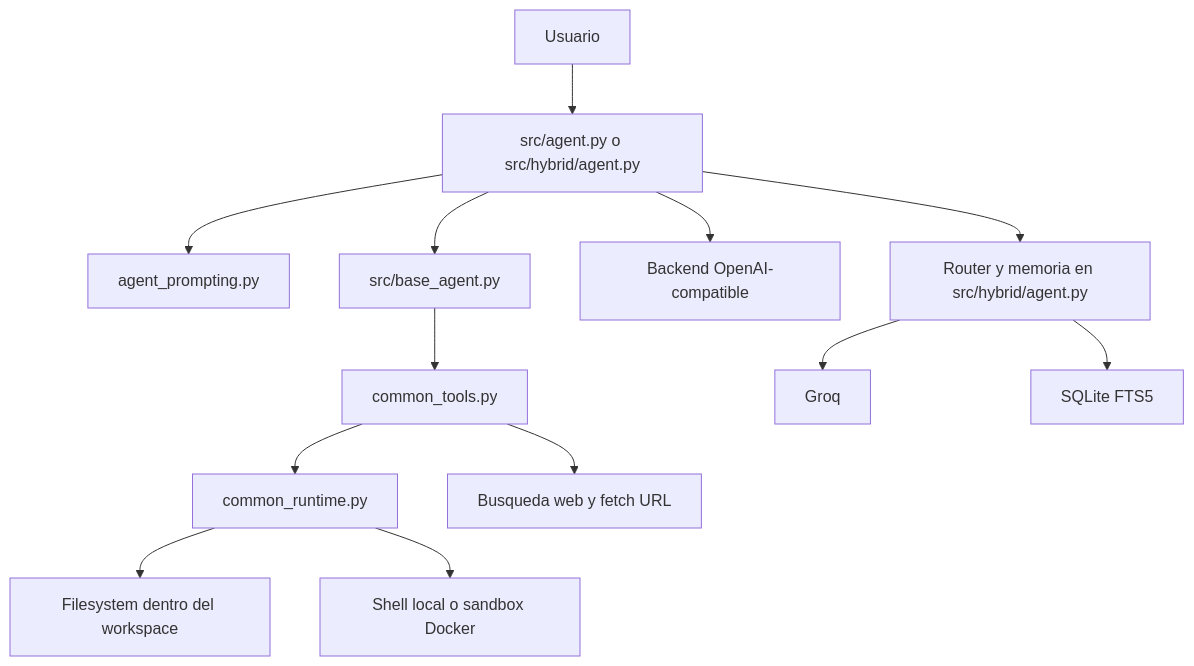
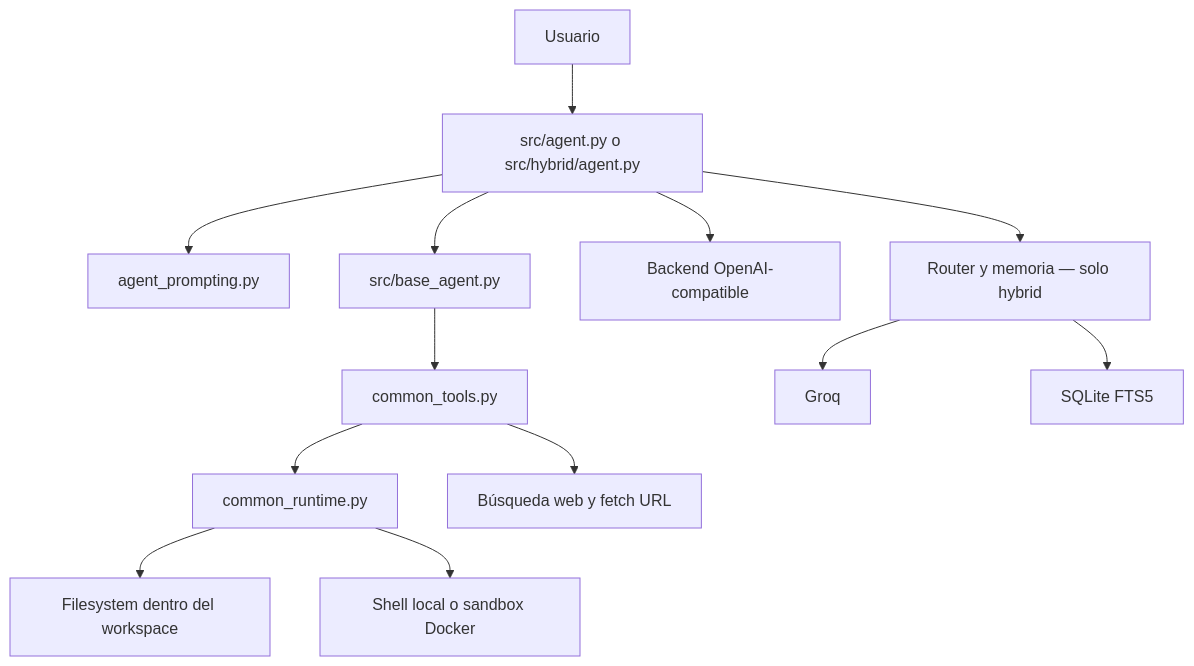
One commit to DariodelBarrio/ollama-agent changed the diagram in README.md. Above: the diagram before and after it, drawn with Mermaid. The commit also changed other lines of this file and 21 other files, not shown here.

````diff
--- a/README.md
+++ b/README.md
@@ -47,15 +91,15 @@
 ```mermaid
 flowchart TD
     U[Usuario] --> CLI[src/agent.py o src/hybrid/agent.py]
     CLI --> P[agent_prompting.py]
     CLI --> B[src/base_agent.py]
     B --> T[common_tools.py]
     T --> R[common_runtime.py]
     R --> FS[Filesystem dentro del workspace]
     R --> SH[Shell local o sandbox Docker]
-    T --> WEB[Busqueda web y fetch URL]
+    T --> WEB[Búsqueda web y fetch URL]
     CLI --> LLM[Backend OpenAI-compatible]
-    CLI --> H[Router y memoria en src/hybrid/agent.py]
+    CLI --> H[Router y memoria — solo hybrid]
     H --> GROQ[Groq]
     H --> MEM[SQLite FTS5]
 ```
````
